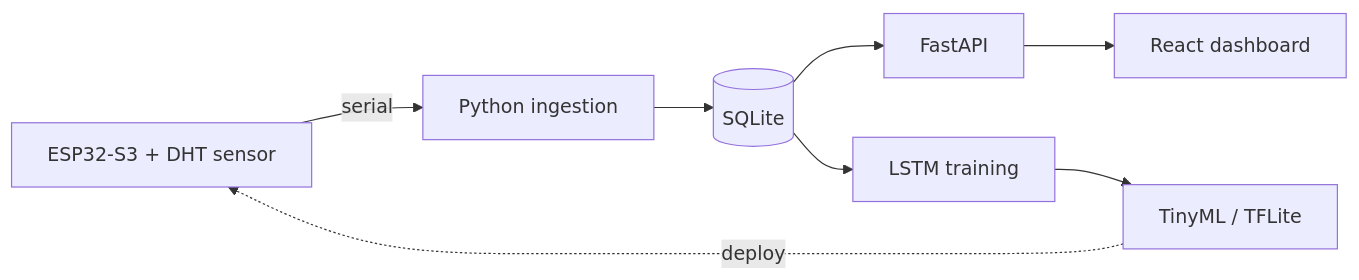
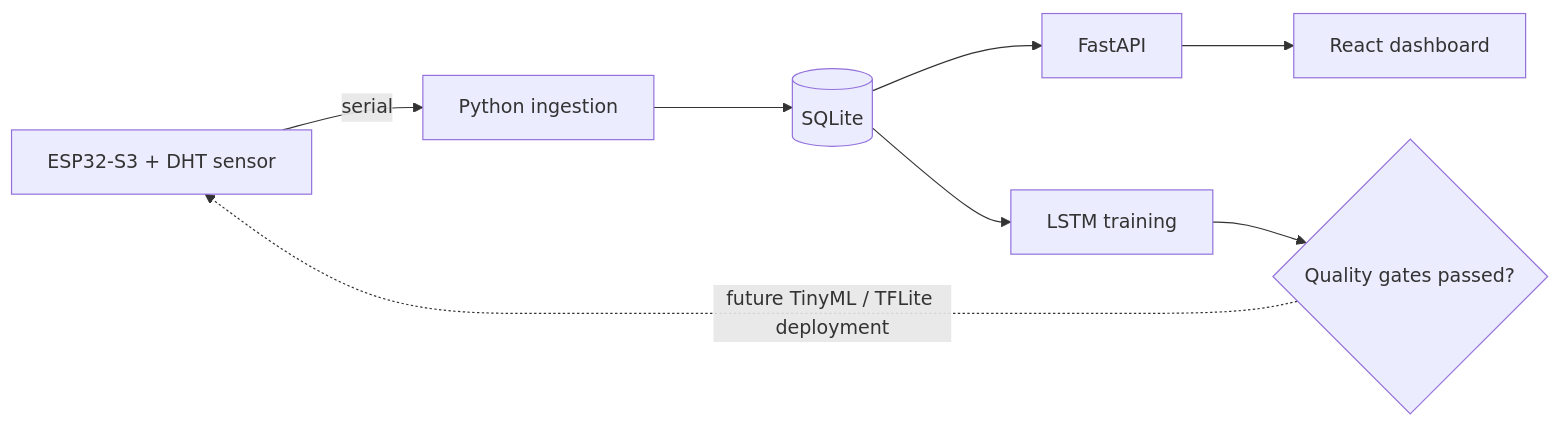
The diagram in README.md (lystiger/TempCastML), drawn with Mermaid before and after one commit. The commit also changed other lines of this file and 3 other files, not shown here.

````diff
--- a/README.md
+++ b/README.md
@@ -33,10 +33,10 @@
 ```mermaid
 flowchart LR
     A[ESP32-S3 + DHT sensor] -->|serial| B[Python ingestion]
     B --> C[(SQLite)]
     C --> D[FastAPI]
     D --> E[React dashboard]
     C --> F[LSTM training]
-    F --> G[TinyML / TFLite]
-    G -.deploy.-> A
+    F --> G{Quality gates passed?}
+    G -.future TinyML / TFLite deployment.-> A
 ```
````
